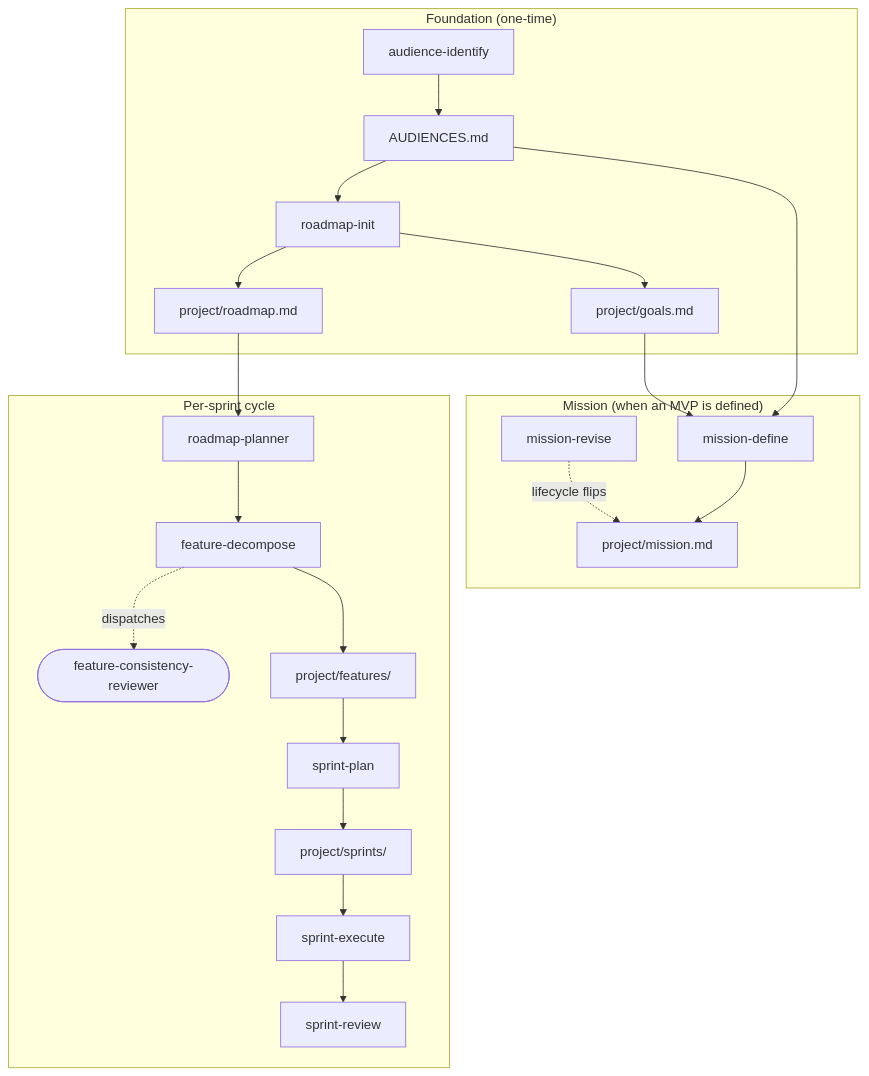
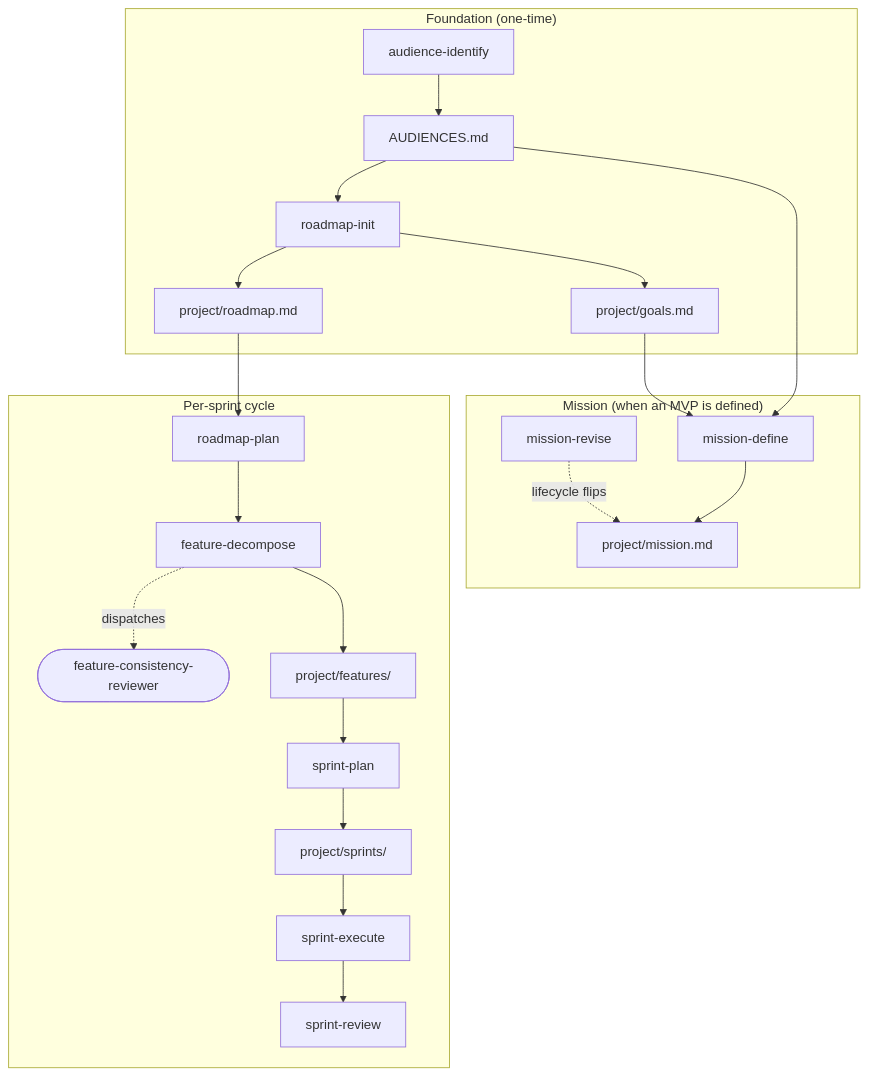
One commit to nolte/claude-shared changed the diagram in docs/de/planning-suite.md. Above: the diagram before and after it, drawn with Mermaid. The commit also changed other lines of this file and 32 other files, not shown here.

Commit message:
chore!: rename roadmap-planner skill to roadmap-plan (#149)

````diff
--- a/docs/de/planning-suite.md
+++ b/docs/de/planning-suite.md
@@ -18,35 +18,35 @@
 ```mermaid
 flowchart TB
     subgraph foundation["Foundation (one-time)"]
         ai["audience-identify"] --> aud["AUDIENCES.md"]
         aud --> ri["roadmap-init"]
         ri --> goals["project/goals.md"]
         ri --> rmap["project/roadmap.md"]
     end
 
     subgraph mission["Mission (when an MVP is defined)"]
         md["mission-define"] --> mfile["project/mission.md"]
         mr["mission-revise"] -. lifecycle flips .-> mfile
     end
 
     subgraph cycle["Per-sprint cycle"]
-        rp["roadmap-planner"]
+        rp["roadmap-plan"]
         fd["feature-decompose"]
         fcr(["feature-consistency-reviewer"])
         sp["sprint-plan"]
         se["sprint-execute"]
         sr["sprint-review"]
 
         rp --> fd
         fd -. dispatches .-> fcr
         fd --> ffiles["project/features/"]
         ffiles --> sp
         sp --> sfiles["project/sprints/"]
         sfiles --> se
         se --> sr
     end
 
     aud --> md
     goals --> md
     rmap --> rp
 ```
````
